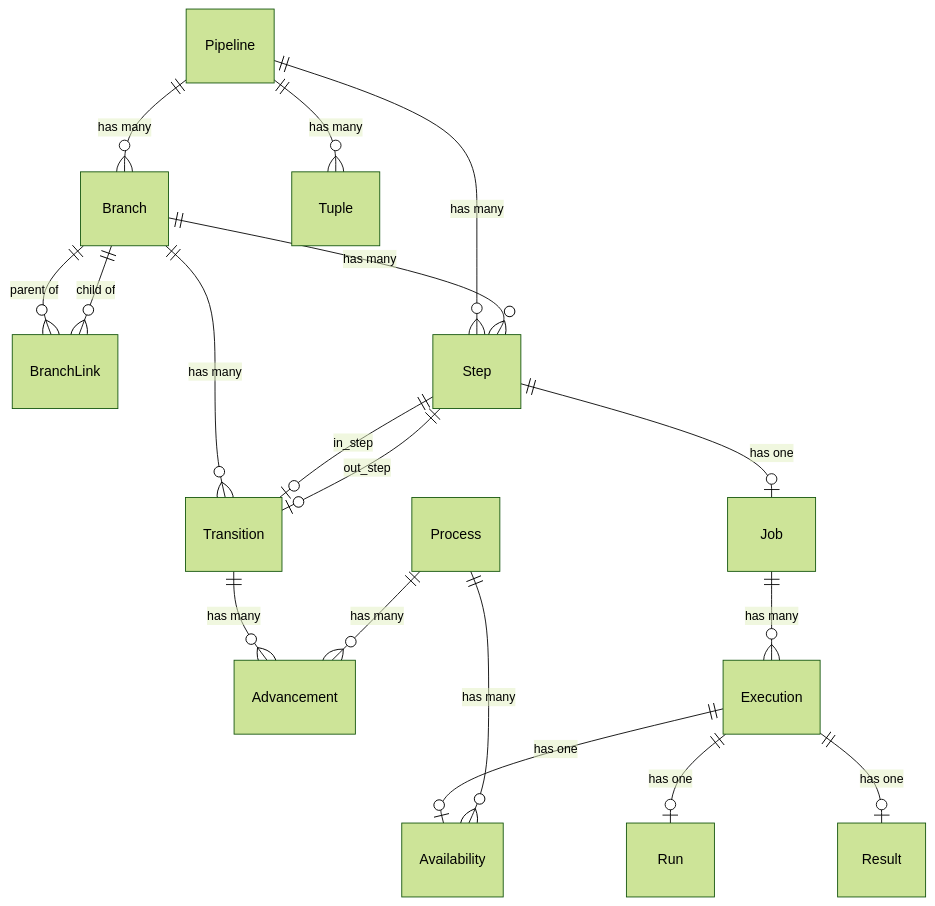
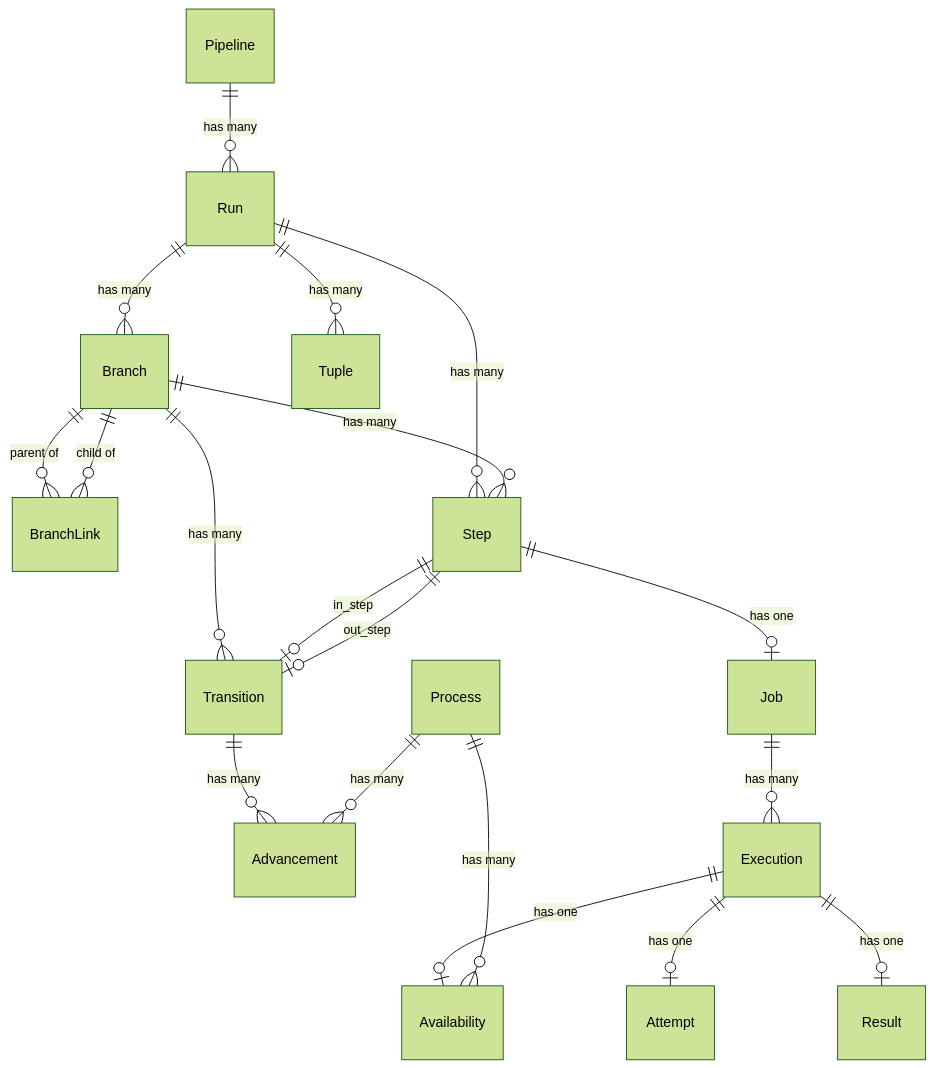
One commit to ductwork/ductwork.github.io changed the diagram in architecture/data-model.md. Above: the diagram before and after it, drawn with Mermaid (forest theme).

Commit message:
chore: update data model

````diff
--- a/architecture/data-model.md
+++ b/architecture/data-model.md
@@ -9,59 +9,63 @@
 ```mermaid
   erDiagram
       Pipeline {
+      }
+
+      Run {
       }
 
       Branch {
       }
 
       BranchLink {
       }
 
       Step {
       }
 
       Transition {
       }
 
       Advancement {
       }
 
       Job {
       }
 
       Execution {
       }
 
-      Run {
+      Attempt {
       }
 
       Availability {
       }
 
       Result {
       }
 
       Process {
       }
 
       Tuple {
       }
 
-      Pipeline ||--o{ Branch : "has many"
-      Pipeline ||--o{ Step : "has many"
-      Pipeline ||--o{ Tuple : "has many"
+      Pipeline ||--o{ Run : "has many"
+      Run ||--o{ Branch : "has many"
+      Run ||--o{ Step : "has many"
+      Run ||--o{ Tuple : "has many"
       Branch ||--o{ Step : "has many"
       Branch ||--o{ Transition : "has many"
       Branch ||--o{ BranchLink : "parent of"
       Branch ||--o{ BranchLink : "child of"
       Step ||--o| Job : "has one"
       Step ||--o| Transition : "in_step"
       Step ||--o| Transition : "out_step"
       Transition ||--o{ Advancement : "has many"
       Job ||--o{ Execution : "has many"
       Execution ||--o| Availability : "has one"
-      Execution ||--o| Run : "has one"
+      Execution ||--o| Attempt : "has one"
       Execution ||--o| Result : "has one"
       Process ||--o{ Advancement : "has many"
       Process ||--o{ Availability : "has many"
 ```
````
